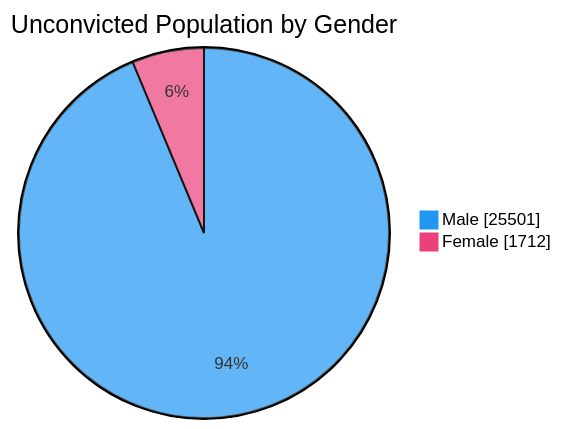
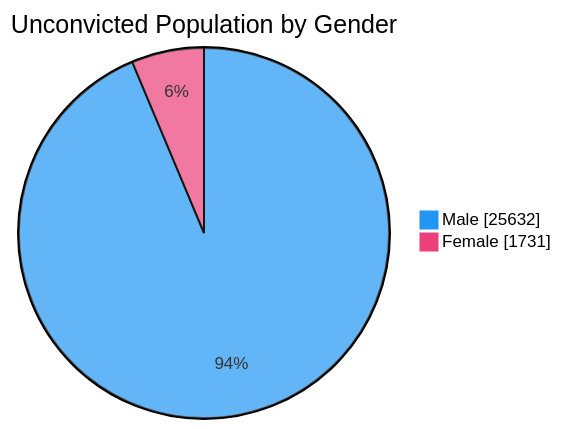
Before and after one commit to nuuuwan/lk_prisons: the fourth of 7 diagrams in README.md, drawn with Mermaid. The commit also changed other lines of this file and 1 other file, not shown here.

````diff
--- a/README.md
+++ b/README.md
@@ -76,6 +76,6 @@
 ```mermaid
 %%{init: {'themeVariables': {'pie1': '#2196F3', 'pie2': '#EC407A'}}}%%
 pie showData title Unconvicted Population by Gender
-    "Male" : 25501
-    "Female" : 1712
+    "Male" : 25632
+    "Female" : 1731
 ```
````
